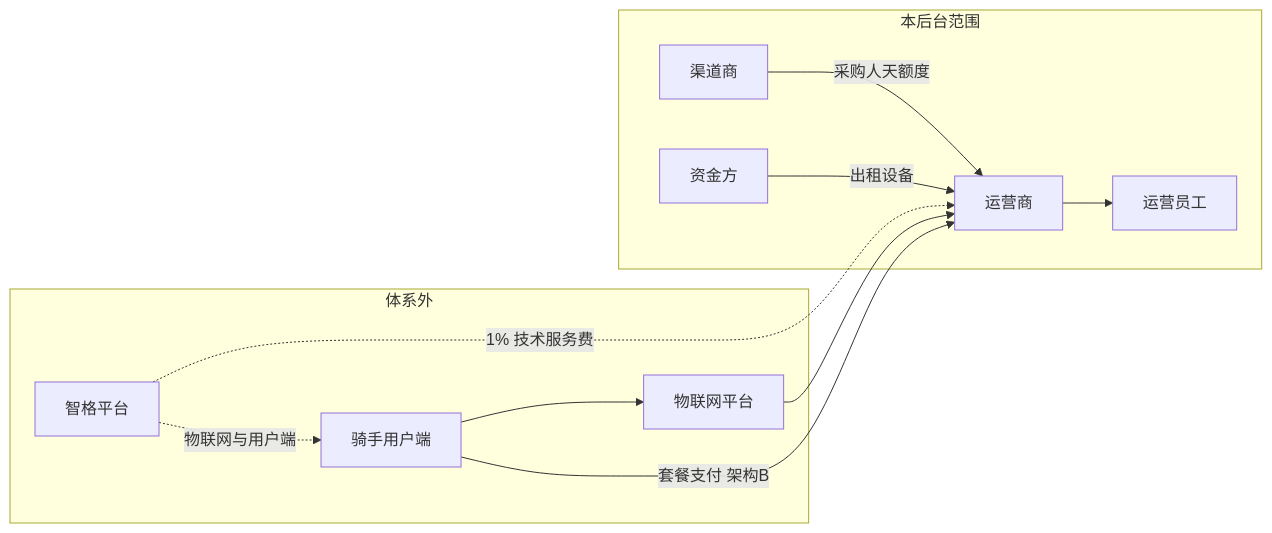
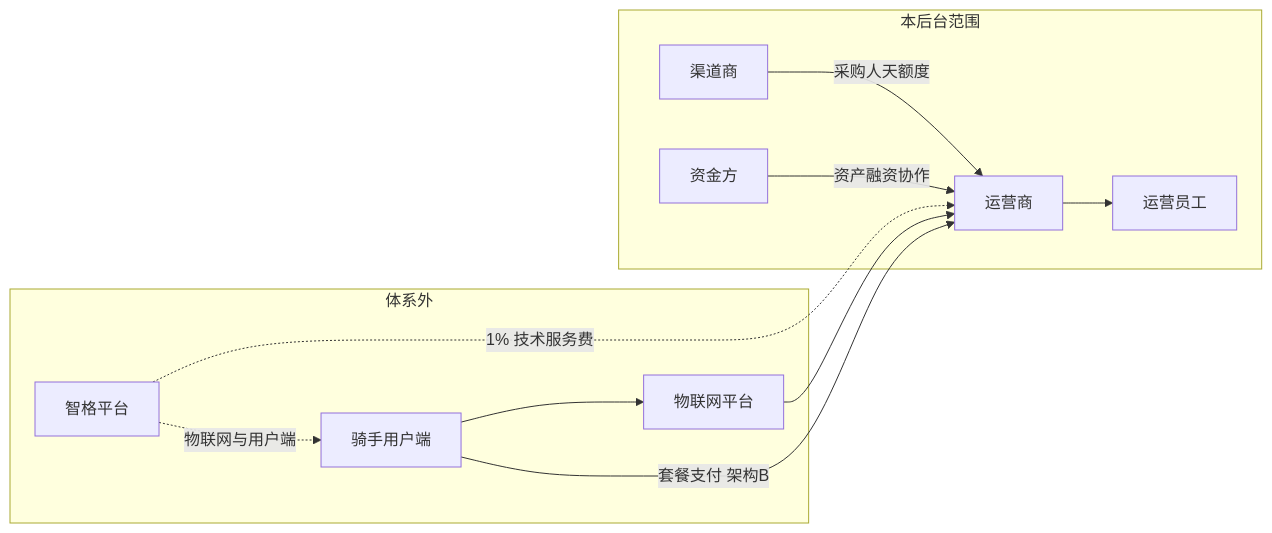
One commit to liudali/rider-swap-operator-prototype changed the first of 17 diagrams in docs/功能结构与业务流程.md. Above: the diagram before and after it, drawn with Mermaid. The commit also changed other lines of this file and 54 other files, not shown here.

````diff
--- a/docs/功能结构与业务流程.md
+++ b/docs/功能结构与业务流程.md
@@ -11,22 +11,22 @@
 ```mermaid
 flowchart LR
   subgraph external [体系外]
     Rider[骑手用户端]
     IoT[物联网平台]
     Plat[智格平台]
   end
   subgraph backend [本后台范围]
     OP[运营商]
     CH[渠道商]
     Lease[资金方]
     Staff[运营员工]
   end
   Rider --> IoT
   Rider -->|套餐支付 架构B| OP
   IoT --> OP
   CH -->|采购人天额度| OP
-  Lease -->|出租设备| OP
+  Lease -->|资产融资协作| OP
   OP --> Staff
   Plat -.->|1% 技术服务费| OP
   Plat -.->|物联网与用户端| Rider
 ```
````
